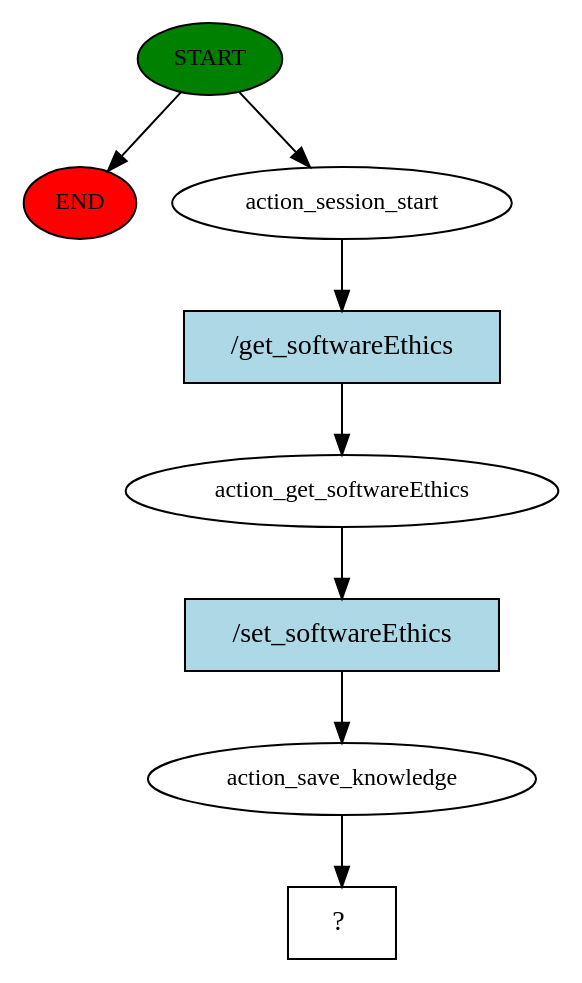
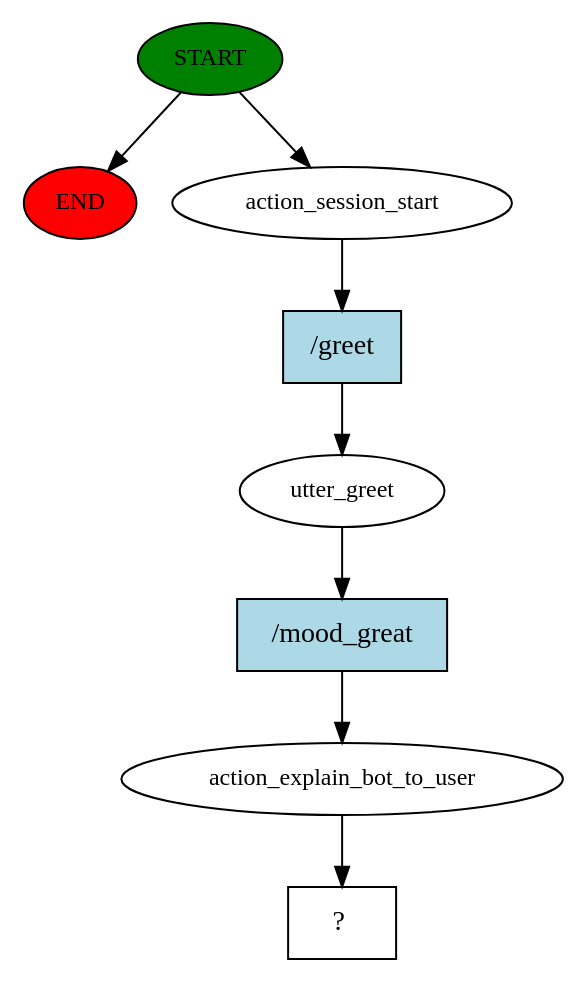
Before and after one commit to Mips123/Bachelorthesis-Rasa-Chatbot: the diagram in story_graph.dot, drawn with Graphviz. The commit also changed 10 other files, not shown here.

```diff
--- a/story_graph.dot
+++ b/story_graph.dot
@@ -1,17 +1,17 @@
 digraph  {
 0 [class="start active", fillcolor=green, fontsize=12, label=START, style=filled];
 "-1" [class=end, fillcolor=red, fontsize=12, label=END, style=filled];
 1 [class=active, fontsize=12, label=action_session_start];
-2 [class=active, fontsize=12, label=action_get_softwareEthics];
-3 [class=active, fontsize=12, label=action_save_knowledge];
+2 [class=active, fontsize=12, label=utter_greet];
+3 [class=active, fontsize=12, label=action_explain_bot_to_user];
 4 [class="intent dashed active", label="  ?  ", shape=rect];
-5 [class="intent active", fillcolor=lightblue, label="/get_softwareEthics", shape=rect, style=filled];
-6 [class="intent active", fillcolor=lightblue, label="/set_softwareEthics", shape=rect, style=filled];
+5 [class="intent active", fillcolor=lightblue, label="/greet", shape=rect, style=filled];
+6 [class="intent active", fillcolor=lightblue, label="/mood_great", shape=rect, style=filled];
 0 -> "-1"  [class="", key=NONE, label=""];
 0 -> 1  [class=active, key=NONE, label=""];
 1 -> 5  [class=active, key=0];
 2 -> 6  [class=active, key=0];
 3 -> 4  [class=active, key=NONE, label=""];
 5 -> 2  [class=active, key=0];
 6 -> 3  [class=active, key=0];
 }
```
